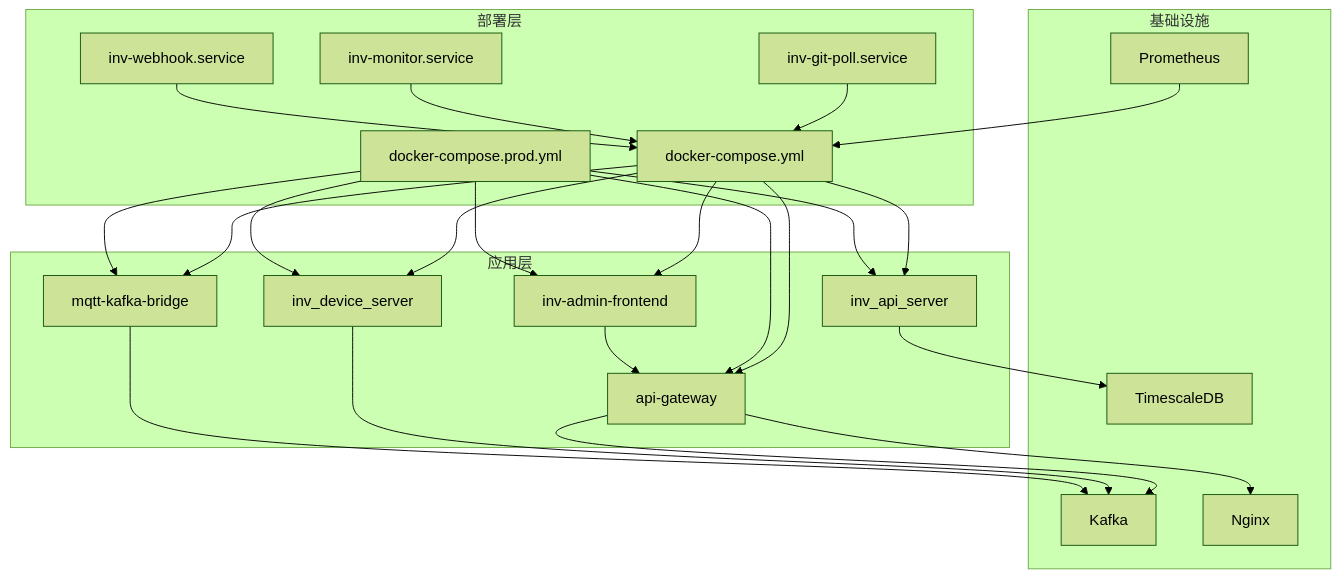
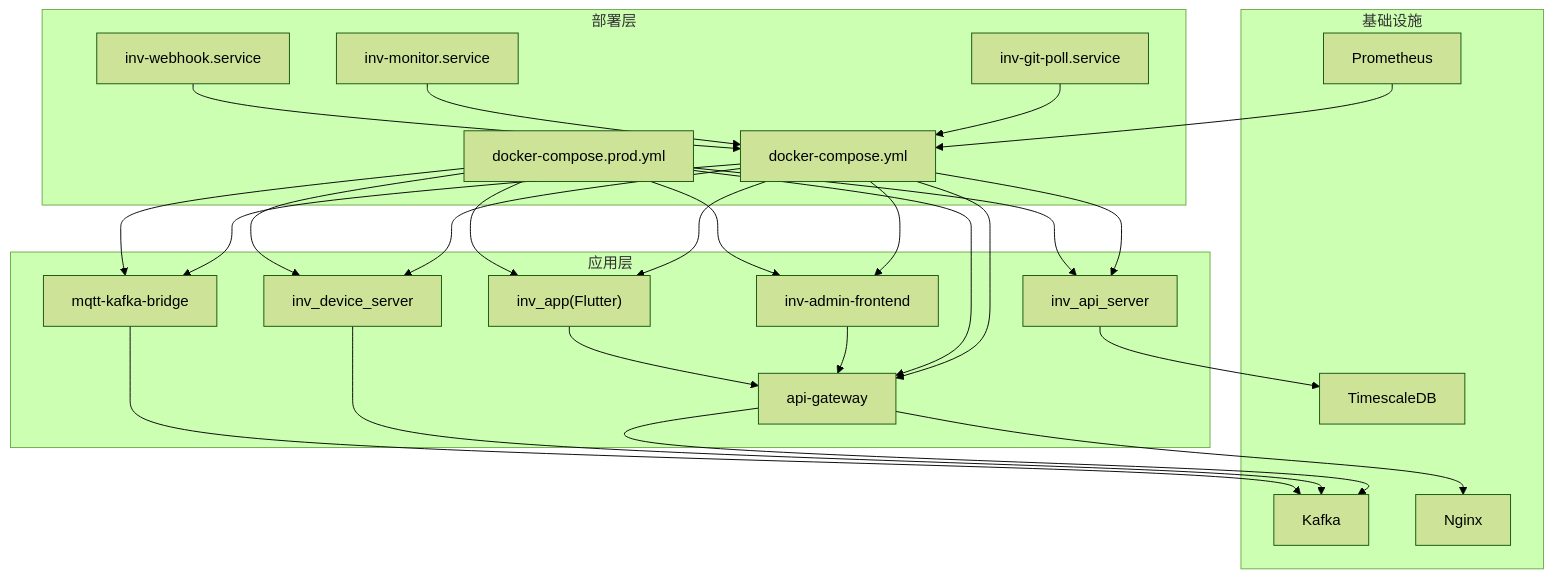
One commit to mcmrzy/cs_inv_monitor-develop changed the first of 8 diagrams in .qoder/repowiki/zh/content/部署与运维/CI_CD流水线.md. Above: the diagram before and after it, drawn with Mermaid (forest theme). The commit also changed other lines of this file and 88 other files, not shown here.

````diff
--- a/.qoder/repowiki/zh/content/部署与运维/CI_CD流水线.md
+++ b/.qoder/repowiki/zh/content/部署与运维/CI_CD流水线.md
@@ -62,43 +79,47 @@
 ```mermaid
 graph TB
 subgraph "部署层"
 DC["docker-compose.yml"]
 DCP["docker-compose.prod.yml"]
 SVC1["inv-git-poll.service"]
 SVC2["inv-monitor.service"]
 SVC3["inv-webhook.service"]
 end
 subgraph "应用层"
 GW["api-gateway"]
 API["inv_api_server"]
 DEV["inv_device_server"]
 BRG["mqtt-kafka-bridge"]
 FE["inv-admin-frontend"]
+FL["inv_app(Flutter)"]
 end
 subgraph "基础设施"
 DB["TimescaleDB"]
 MQ["Kafka"]
 NGINX["Nginx"]
 PROM["Prometheus"]
 end
 DC --> GW
 DC --> API
 DC --> DEV
 DC --> BRG
 DC --> FE
+DC --> FL
 DCP --> GW
 DCP --> API
 DCP --> DEV
 DCP --> BRG
 DCP --> FE
+DCP --> FL
 SVC1 --> DC
 SVC2 --> DC
 SVC3 --> DC
 GW --> NGINX
 GW --> MQ
 API --> DB
 DEV --> MQ
 BRG --> MQ
 FE --> GW
+FL --> GW
 PROM --> DC
 ```
````
